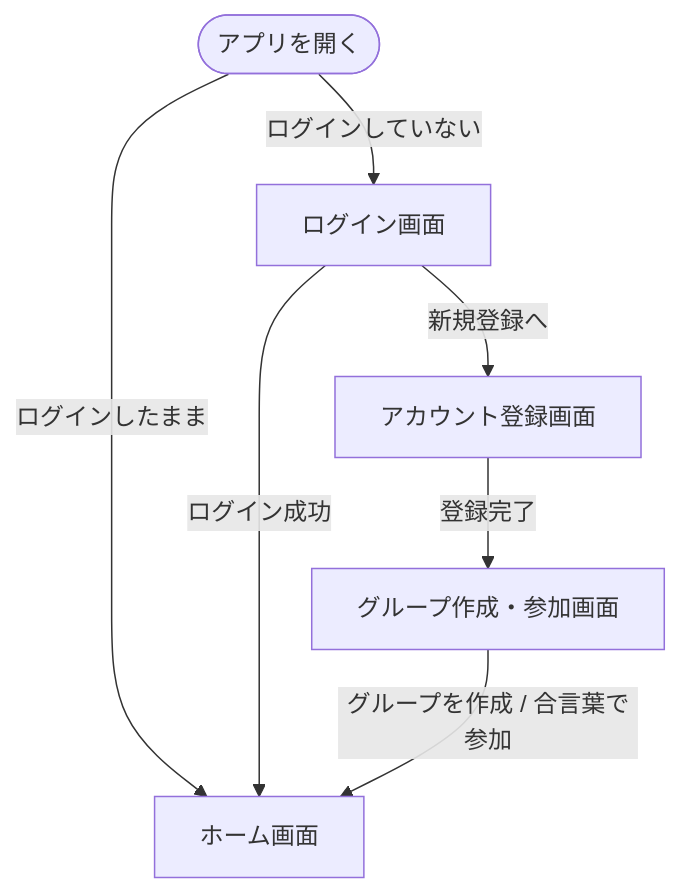
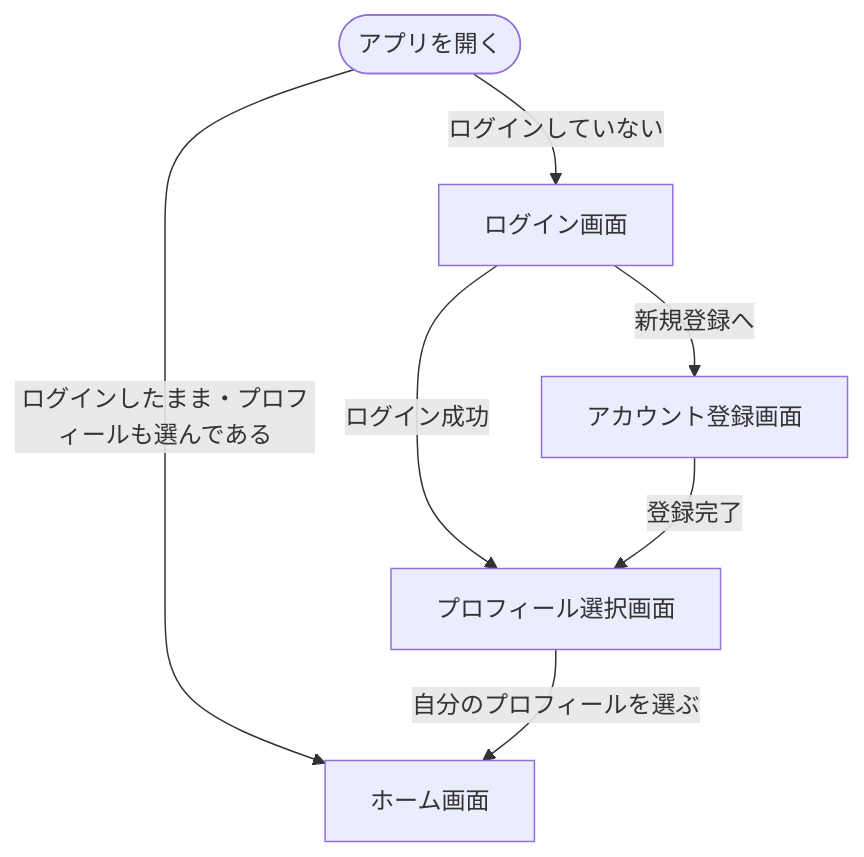
Before and after one commit to nayuts/my-app: the first of 3 diagrams in docs/03_画面.md, drawn with Mermaid. The commit also changed other lines of this file and 4 other files, not shown here.

````diff
--- a/docs/03_画面.md
+++ b/docs/03_画面.md
@@ -61,15 +67,15 @@
 ```mermaid
 flowchart TD
   OPEN([アプリを開く])
   L[ログイン画面]
   A[アカウント登録画面]
-  B[グループ作成・参加画面]
+  P[プロフィール選択画面]
   C[ホーム画面]
 
-  OPEN -->|ログインしたまま| C
+  OPEN -->|ログインしたまま・プロフィールも選んである| C
   OPEN -->|ログインしていない| L
-  L -->|ログイン成功| C
+  L -->|ログイン成功| P
   L -->|新規登録へ| A
-  A -->|登録完了| B
-  B -->|グループを作成 / 合言葉で参加| C
+  A -->|登録完了| P
+  P -->|自分のプロフィールを選ぶ| C
 ```
````
